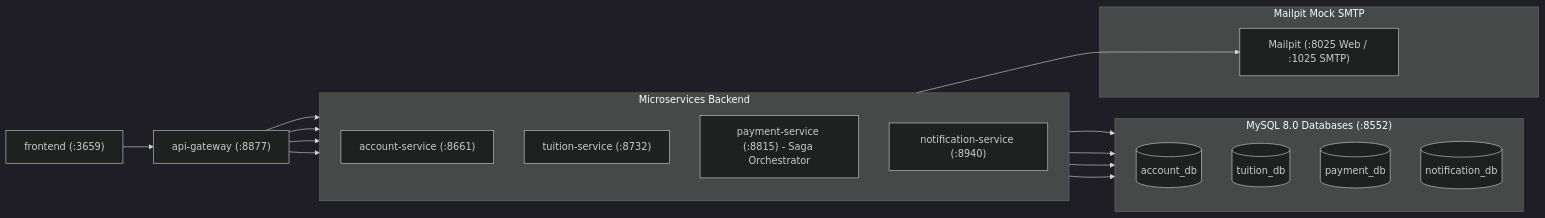
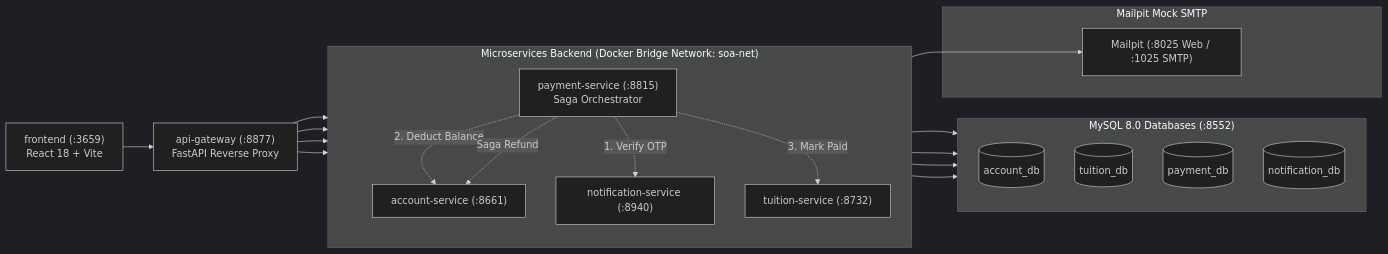
Before and after one commit to thanhngo92/soa: the third of 3 diagrams in README.md, drawn with Mermaid (dark theme). The commit also changed other lines of this file and 113 other files, not shown here.

First line of the commit message:
feat(system): complete tuition payment system with saga orchestration, concurrency control and clean ui

````diff
--- a/README.md
+++ b/README.md
@@ -19,35 +115,40 @@
 ```mermaid
 flowchart LR
-    frontend["frontend (:3659)"] --> api-gateway["api-gateway (:8877)"]
+    frontend["frontend (:3659)\nReact 18 + Vite"] --> api-gateway["api-gateway (:8877)\nFastAPI Reverse Proxy"]
 
-    subgraph services ["Microservices Backend"]
+    subgraph services ["Microservices Backend (Docker Bridge Network: soa-net)"]
         direction TB
         account-service["account-service (:8661)"]
         tuition-service["tuition-service (:8732)"]
-        payment-service["payment-service (:8815) - Saga Orchestrator"]
+        payment-service["payment-service (:8815)\nSaga Orchestrator"]
         notification-service["notification-service (:8940)"]
     end
 
     subgraph databases ["MySQL 8.0 Databases (:8552)"]
         direction TB
         account_db[("account_db")]
         tuition_db[("tuition_db")]
         payment_db[("payment_db")]
         notification_db[("notification_db")]
     end
 
     subgraph mailpit ["Mailpit Mock SMTP"]
         mailpit_srv["Mailpit (:8025 Web / :1025 SMTP)"]
     end
 
     api-gateway --> account-service
     api-gateway --> tuition-service
     api-gateway --> payment-service
     api-gateway --> notification-service
 
     account-service --> account_db
     tuition-service --> tuition_db
     payment-service --> payment_db
     notification-service --> notification_db
     notification-service --> mailpit_srv
+
+    payment-service -.->|1. Verify OTP| notification-service
+    payment-service -.->|2. Deduct Balance| account-service
+    payment-service -.->|3. Mark Paid| tuition-service
+    payment-service -.->|Saga Refund| account-service
 ```
````
